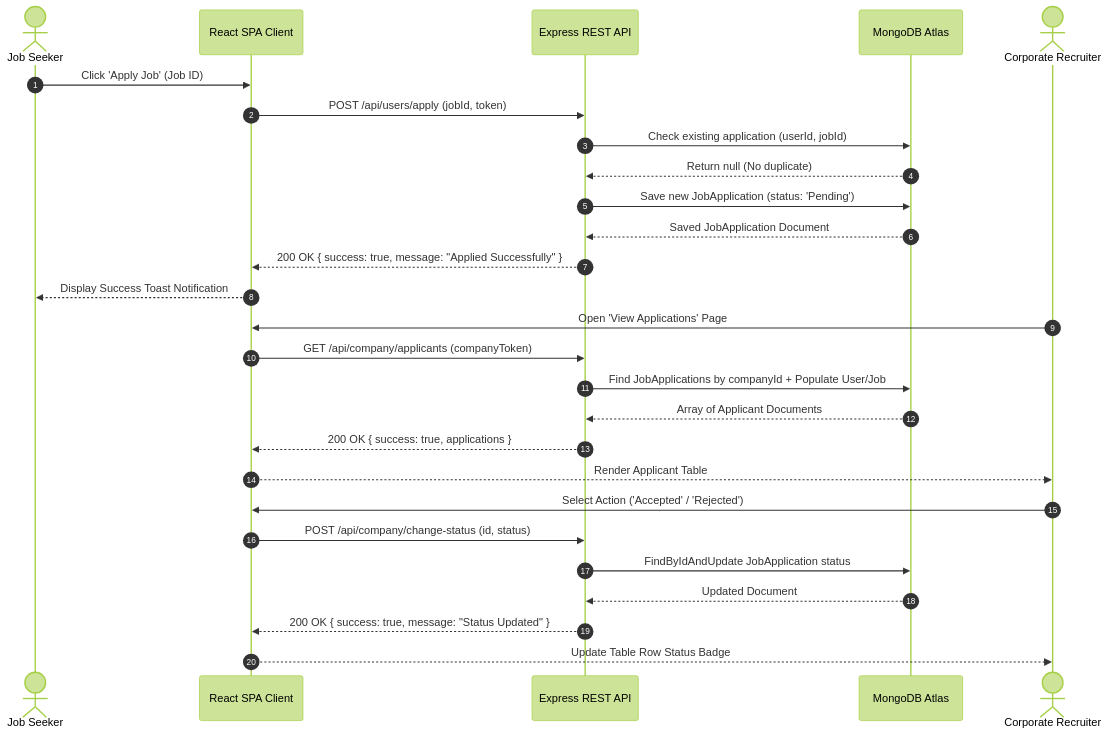
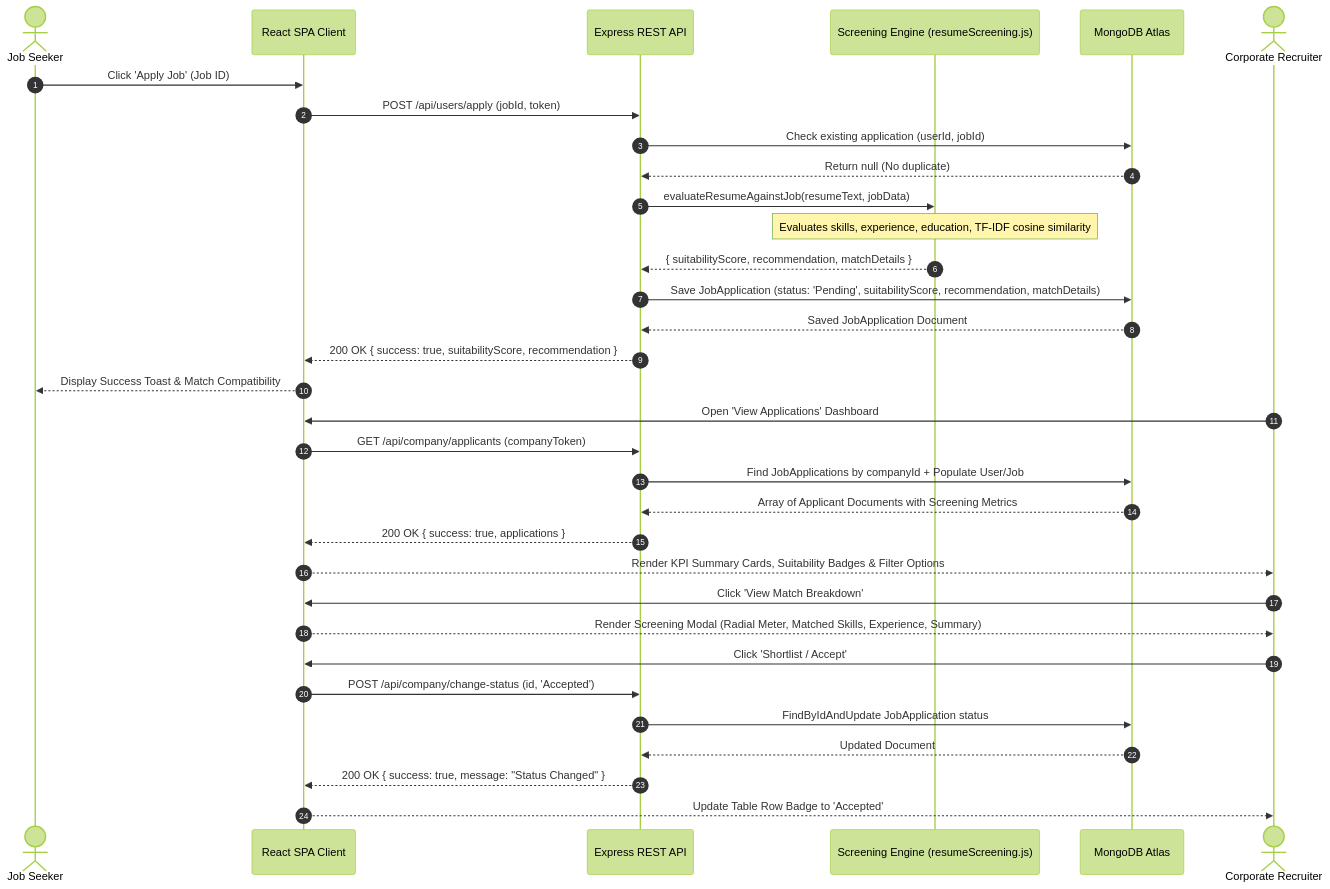
One commit to Iconicsam-git/job-portal changed the sixth of 7 diagrams in Final_Project_Report.md. Above: the diagram before and after it, drawn with Mermaid (forest theme). The commit also changed other lines of this file and 33 other files, not shown here.

````diff
--- a/Final_Project_Report.md
+++ b/Final_Project_Report.md
@@ -780,32 +862,38 @@
 ```mermaid
 sequenceDiagram
     autonumber
     actor Candidate as Job Seeker
     participant Client as React SPA Client
     participant Server as Express REST API
+    participant Screening as Screening Engine (resumeScreening.js)
     participant DB as MongoDB Atlas
     actor Recruiter as Corporate Recruiter
 
     Candidate->>Client: Click 'Apply Job' (Job ID)
     Client->>Server: POST /api/users/apply (jobId, token)
     Server->>DB: Check existing application (userId, jobId)
     DB-->>Server: Return null (No duplicate)
-    Server->>DB: Save new JobApplication (status: 'Pending')
+    Server->>Screening: evaluateResumeAgainstJob(resumeText, jobData)
+    Note over Screening: Evaluates skills, experience, education, TF-IDF cosine similarity
+    Screening-->>Server: { suitabilityScore, recommendation, matchDetails }
+    Server->>DB: Save JobApplication (status: 'Pending', suitabilityScore, recommendation, matchDetails)
     DB-->>Server: Saved JobApplication Document
-    Server-->>Client: 200 OK { success: true, message: "Applied Successfully" }
-    Client-->>Candidate: Display Success Toast Notification
+    Server-->>Client: 200 OK { success: true, suitabilityScore, recommendation }
+    Client-->>Candidate: Display Success Toast & Match Compatibility
 
-    Recruiter->>Client: Open 'View Applications' Page
+    Recruiter->>Client: Open 'View Applications' Dashboard
     Client->>Server: GET /api/company/applicants (companyToken)
     Server->>DB: Find JobApplications by companyId + Populate User/Job
-    DB-->>Server: Array of Applicant Documents
+    DB-->>Server: Array of Applicant Documents with Screening Metrics
     Server-->>Client: 200 OK { success: true, applications }
-    Client-->>Recruiter: Render Applicant Table
+    Client-->>Recruiter: Render KPI Summary Cards, Suitability Badges & Filter Options
 
-    Recruiter->>Client: Select Action ('Accepted' / 'Rejected')
-    Client->>Server: POST /api/company/change-status (id, status)
+    Recruiter->>Client: Click 'View Match Breakdown'
+    Client-->>Recruiter: Render Screening Modal (Radial Meter, Matched Skills, Experience, Summary)
+    Recruiter->>Client: Click 'Shortlist / Accept'
+    Client->>Server: POST /api/company/change-status (id, 'Accepted')
     Server->>DB: FindByIdAndUpdate JobApplication status
     DB-->>Server: Updated Document
-    Server-->>Client: 200 OK { success: true, message: "Status Updated" }
-    Client-->>Recruiter: Update Table Row Status Badge
+    Server-->>Client: 200 OK { success: true, message: "Status Changed" }
+    Client-->>Recruiter: Update Table Row Badge to 'Accepted'
 ```
````
